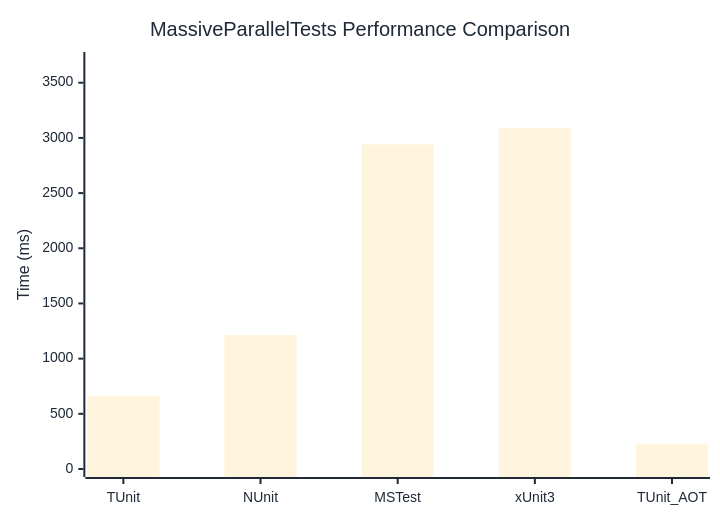
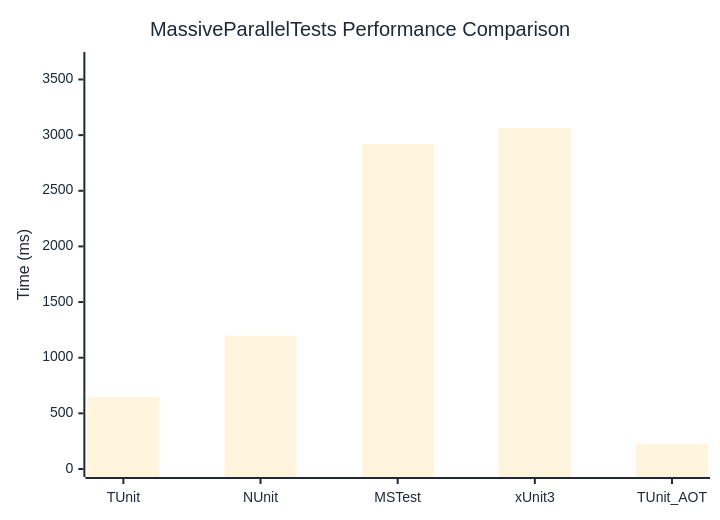
The diagram in docs/docs/benchmarks/MassiveParallelTests.md (thomhurst/TUnit), drawn with Mermaid before and after one commit. The commit also changed other lines of this file and 17 other files, not shown here.

````diff
--- a/docs/docs/benchmarks/MassiveParallelTests.md
+++ b/docs/docs/benchmarks/MassiveParallelTests.md
@@ -27,37 +27,37 @@
 ```mermaid
 %%{init: {
   'theme':'base',
   'themeVariables': {
     'primaryColor': '#2563eb',
     'primaryTextColor': '#1f2937',
     'primaryBorderColor': '#1e40af',
     'lineColor': '#6b7280',
     'secondaryColor': '#7c3aed',
     'tertiaryColor': '#dc2626',
     'background': '#ffffff',
     'mainBkg': '#2563eb',
     'secondBkg': '#7c3aed',
     'tertiaryBkg': '#dc2626',
     'clusterBkg': '#f3f4f6',
     'edgeLabelBackground': '#ffffff',
     'tertiaryTextColor': '#1f2937',
     'pie1': '#2563eb',
     'pie2': '#7c3aed',
     'pie3': '#dc2626',
     'pie4': '#f59e0b',
     'pie5': '#10b981',
     'pie6': '#06b6d4',
     'pie7': '#ec4899',
     'pie8': '#6366f1',
     'pie9': '#84cc16',
     'pie10': '#f97316',
     'pie11': '#14b8a6',
     'pie12': '#a855f7'
   }
 }}%%
 xychart-beta
   title "MassiveParallelTests Performance Comparison"
   x-axis ["TUnit", "NUnit", "MSTest", "xUnit3", "TUnit_AOT"]
-  y-axis "Time (ms)" 0 --> 3706
-  bar [664.6, 1214.6, 2941.1, 3087.7, 228.7]
+  y-axis "Time (ms)" 0 --> 3675
+  bar [646.3, 1197.4, 2921, 3062.5, 227.9]
 ```
````
